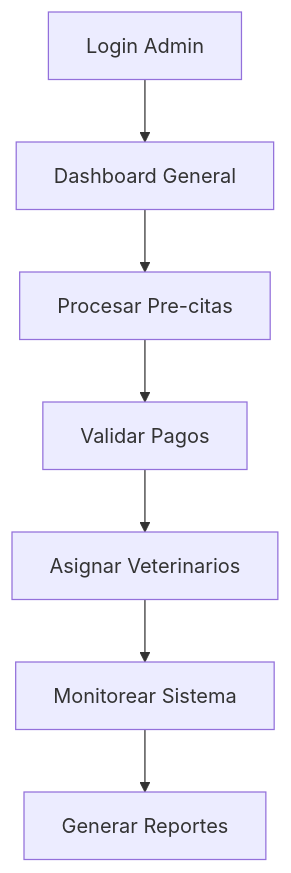
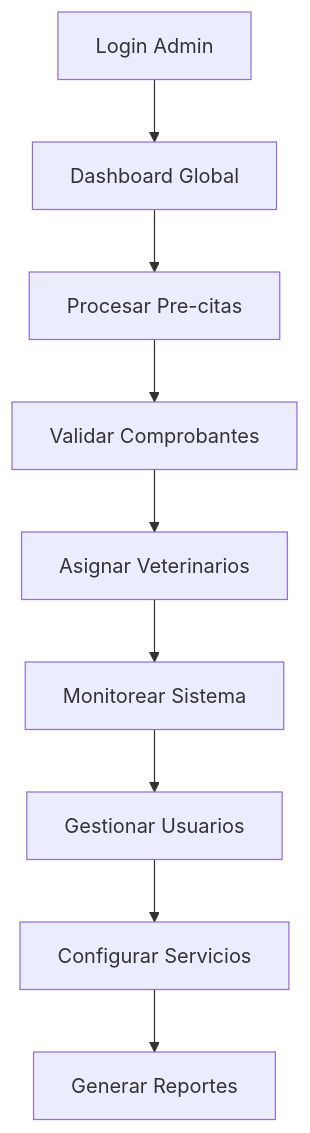
One commit to AnalizaJech/PetLA-Front changed the fourth of 5 diagrams in README.md. Above: the diagram before and after it, drawn with Mermaid. The commit also changed other lines of this file, not shown here.

````diff
--- a/README.md
+++ b/README.md
@@ -272,9 +263,11 @@
 ```mermaid
 graph TD
-    A[Login Admin] --> B[Dashboard General]
+    A[Login Admin] --> B[Dashboard Global]
     B --> C[Procesar Pre-citas]
-    C --> D[Validar Pagos]
+    C --> D[Validar Comprobantes]
     D --> E[Asignar Veterinarios]
     E --> F[Monitorear Sistema]
-    F --> G[Generar Reportes]
+    F --> G[Gestionar Usuarios]
+    G --> H[Configurar Servicios]
+    H --> I[Generar Reportes]
 ```
````
